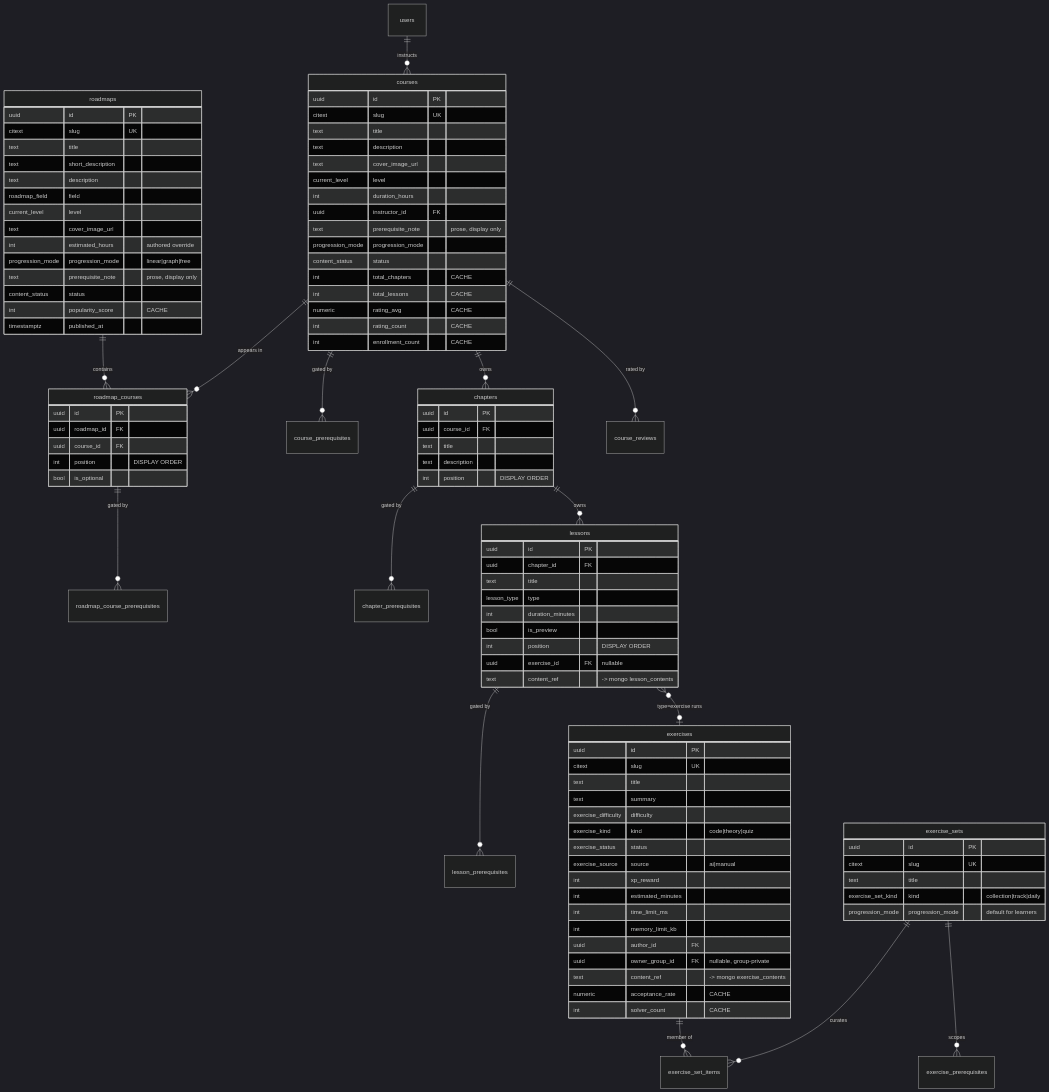
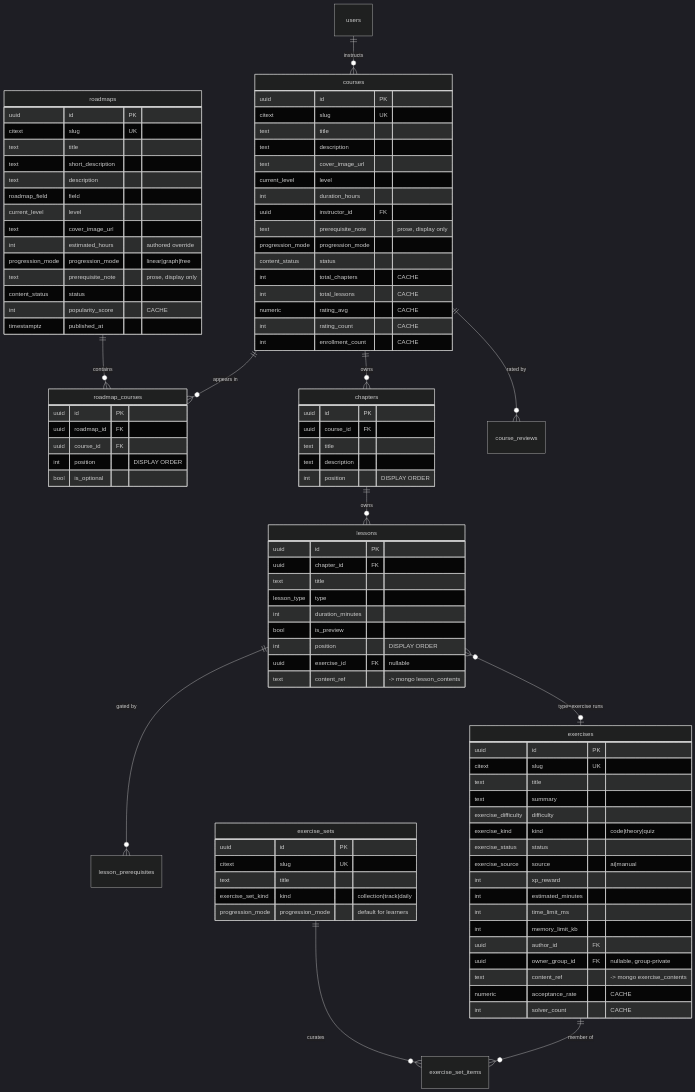
Before and after one commit to codementor-official/codementor-infra: the second of 4 diagrams in database/docs/01-domain-model.md, drawn with Mermaid (dark theme). The commit also changed other lines of this file and 8 other files, not shown here.

First line of the commit message:
Drop unused prerequisite graph (roadmap_course/course/chapter/exercise)

```diff
--- a/database/docs/01-domain-model.md
+++ b/database/docs/01-domain-model.md
@@ -83,10 +83,7 @@
 erDiagram
     roadmaps ||--o{ roadmap_courses : "contains"
     courses  ||--o{ roadmap_courses : "appears in"
-    roadmap_courses ||--o{ roadmap_course_prerequisites : "gated by"
-    courses ||--o{ course_prerequisites : "gated by"
     courses ||--o{ chapters : "owns"
-    chapters ||--o{ chapter_prerequisites : "gated by"
     chapters ||--o{ lessons : "owns"
     lessons ||--o{ lesson_prerequisites : "gated by"
     lessons }o--o| exercises : "type=exercise runs"
@@ -94,7 +91,6 @@
     courses ||--o{ course_reviews : "rated by"
     exercise_sets ||--o{ exercise_set_items : "curates"
     exercises ||--o{ exercise_set_items : "member of"
-    exercise_sets ||--o{ exercise_prerequisites : "scopes"
 
     roadmaps {
         uuid id PK
```
